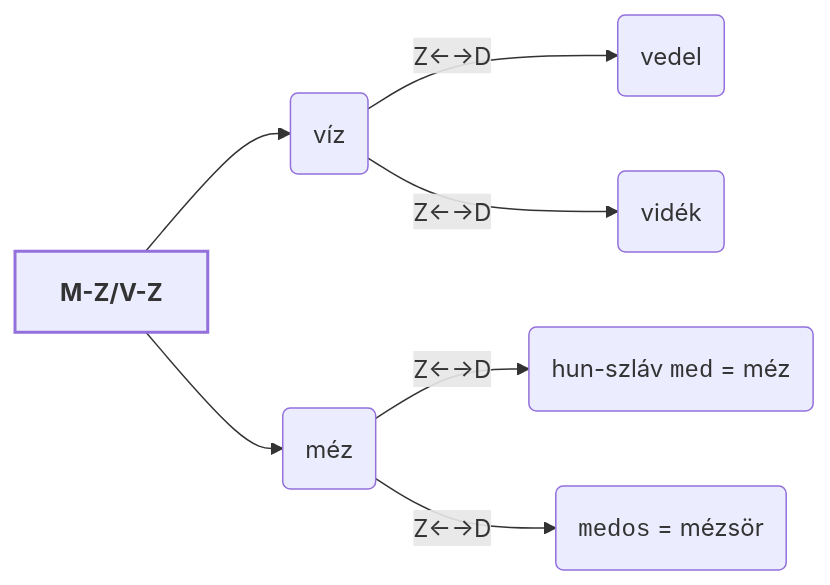
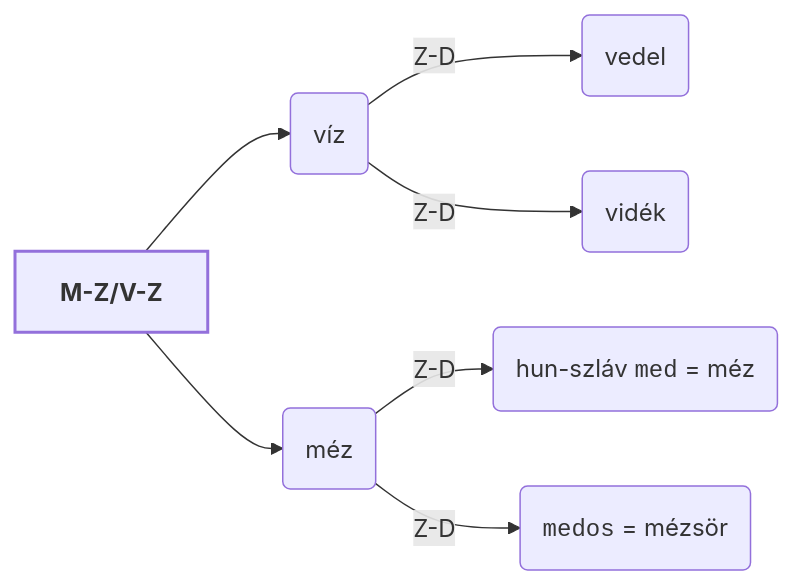
Before and after one commit to zanodor/TUDDASSTTARR: the sixth of 11 diagrams in src/site/notes/B/Balk.md, drawn with Mermaid. The commit also changed other lines of this file, not shown here.

````diff
--- a/src/site/notes/B/Balk.md
+++ b/src/site/notes/B/Balk.md
@@ -56,8 +80,14 @@
 ```mermaid
 flowchart LR
-head[<b>M-Z/V-Z</b>] --> lvl2_a("víz") & lvl2_b("méz")
-lvl2_a -- Z←→D -->  lvl3_a("vedel") & lvl3_b("vidék")
-lvl2_b -- Z←→D -->  lvl3_c("hun-szláv <code>med</code> = méz") & lvl3_d("<code>medos</code> = mézsör")
+head[<b>M-Z/V-Z</b>]
+lvl2_a("víz")
+lvl2_b("méz")
+lvl3_a("vedel")
+lvl3_b("vidék")
+lvl3_c("hun-szláv <code>med</code> = méz")
+lvl3_d("<code>medos</code> = mézsör")
+head --> lvl2_a & lvl2_b
+lvl2_a -- "Z-D" -->  lvl3_a & lvl3_b
+lvl2_b -- "Z-D" -->  lvl3_c & lvl3_d
 style head stroke-width:2px,stroke-dasharray: 0
-class lvl2_a,lvl2_b,lvl3_a,lvl3_b internal-link
 ```
````
